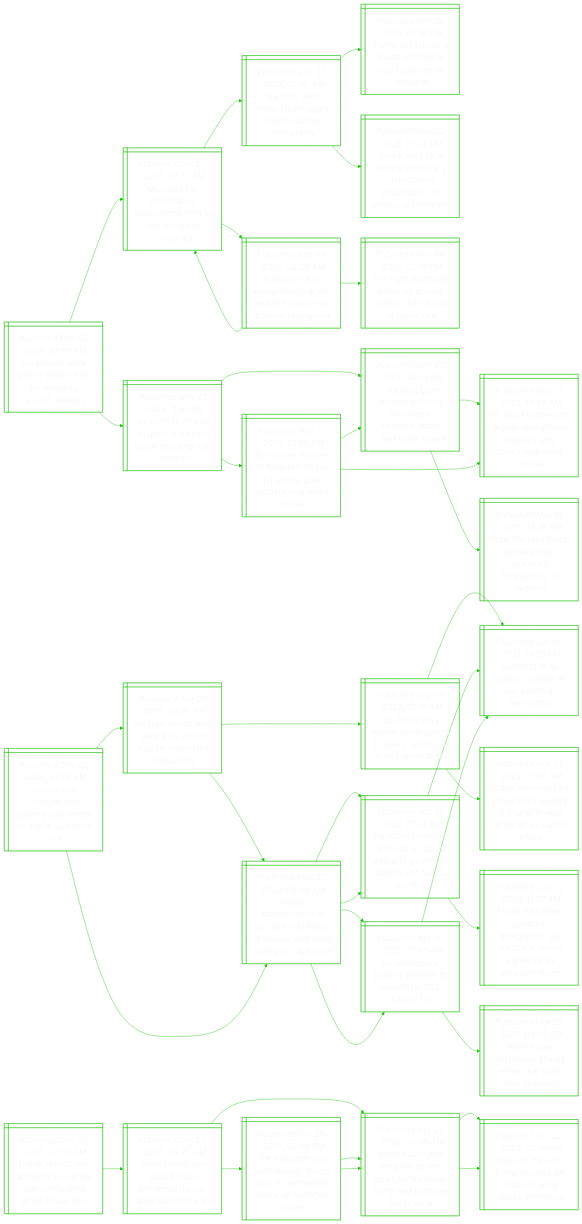
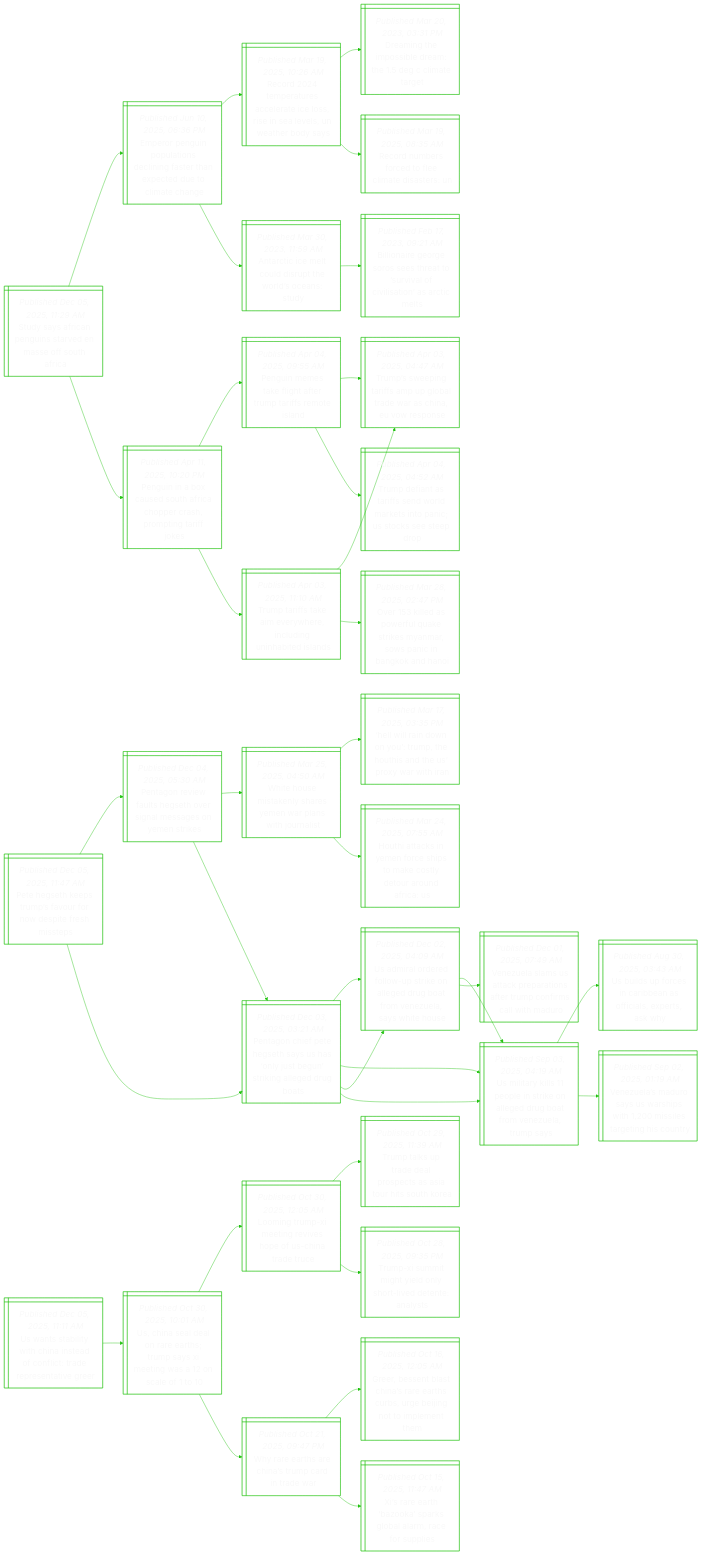
The diagram in README.md (notJmes/notJmes), drawn with Mermaid before and after one commit. The commit also changed other lines of this file, not shown here.

````diff
--- a/README.md
+++ b/README.md
@@ -16,121 +16,118 @@
 flowchart LR
 classDef txtsize font-size:20px;
 
-Usorateeele@{ shape: win-pane, label: "_Published Dec 05, 2025, 07:20 AM_
-Us slashes work permit validity time for refugees, asylum seekers" }
-Uslgolirnpoi@{ shape: win-pane, label: "_Published Dec 03, 2025, 10:35 AM_
-Us pauses all immigration applications from 19 non-european countries" }
-Wttragtlit@{ shape: win-pane, label: "_Published Dec 03, 2025, 07:40 AM_
-‘we don’t want them’: trump rages against somali immigrants" }
-Tuaarottiou@{ shape: win-pane, label: "_Published Nov 28, 2025, 01:50 PM_
-Trump uses national guard shooting to cast suspicion on refugees" }
-Tsedeaptrtfmina@{ shape: win-pane, label: "_Published Nov 22, 2025, 01:24 PM_
-Trump says he is ending temporary deportation protections for somalis in minnesota" }
-AaamapiuHnpiee@{ shape: win-pane, label: "_Published Dec 03, 2025, 08:20 AM_
-Australia’s anti-immigration populist pauline hanson eyes political resurgence" }
-Uslgolirnpoi@{ shape: win-pane, label: "_Published Dec 03, 2025, 10:35 AM_
-Us pauses all immigration applications from 19 non-european countries" }
-FgsiliuHnbiln@{ shape: win-pane, label: "_Published Nov 24, 2025, 03:12 PM_
-Far-right australian politician pauline hanson dons burqa in parliament" }
-Unhscaarowei@{ shape: win-pane, label: "_Published Nov 27, 2025, 11:52 PM_
-Us plans to charge suspect in national guard shooting with terrorism" }
-Nnalsiydttteiu@{ shape: win-pane, label: "_Published Nov 27, 2025, 04:33 AM_
-2 national guard soldiers critically wounded in ‘targeted’ attack near white house" }
-Upcnhmteteaats@{ shape: win-pane, label: "_Published Nov 27, 2025, 10:58 AM_
-Us stops processing afghan immigration requests after attack near white house" }
-Pespnaemipuit@{ shape: win-pane, label: "_Published Nov 19, 2025, 04:38 AM_
-Pope leo says trump administration ‘extremely disrespectful’ to migrants" }
-Foosrdcaardnho@{ shape: win-pane, label: "_Published Nov 27, 2025, 01:08 PM_
-Fbi probes motives in ‘targeted’ attack on national guard soldiers near white house" }
-Nnalsiydttteiu@{ shape: win-pane, label: "_Published Nov 27, 2025, 04:33 AM_
-2 national guard soldiers critically wounded in ‘targeted’ attack near white house" }
-Upcnhmteteaats@{ shape: win-pane, label: "_Published Nov 27, 2025, 10:58 AM_
-Us stops processing afghan immigration requests after attack near white house" }
-
-Usorateeele:::txtsize --> Uslgolirnpoi:::txtsize
-Uslgolirnpoi:::txtsize --> Wttragtlit:::txtsize
-Wttragtlit:::txtsize --> Tuaarottiou:::txtsize
-Wttragtlit:::txtsize --> Tsedeaptrtfmina:::txtsize
-Uslgolirnpoi:::txtsize --> AaamapiuHnpiee:::txtsize
-AaamapiuHnpiee:::txtsize --> Uslgolirnpoi:::txtsize
-AaamapiuHnpiee:::txtsize --> FgsiliuHnbiln:::txtsize
-Usorateeele:::txtsize --> Unhscaarowei:::txtsize
-Unhscaarowei:::txtsize --> Nnalsiydttteiu:::txtsize
-Nnalsiydttteiu:::txtsize --> Upcnhmteteaats:::txtsize
-Nnalsiydttteiu:::txtsize --> Pespnaemipuit:::txtsize
-Unhscaarowei:::txtsize --> Foosrdcaardnho:::txtsize
-Foosrdcaardnho:::txtsize --> Nnalsiydttteiu:::txtsize
-Foosrdcaardnho:::txtsize --> Upcnhmteteaats:::txtsize
-
-Vnngtnponfpr@{ shape: win-pane, label: "_Published Dec 05, 2025, 07:05 AM_
-Virginia man charged with planting pipe bombs on eve of us capitol riot" }
-Fgoykiealccs@{ shape: win-pane, label: "_Published Jun 07, 2025, 03:06 AM_
-Far right proud boys seek $129 million over us capitol riot convictions" }
-Eusetdairnpak@{ shape: win-pane, label: "_Published Sep 06, 2023, 07:10 AM_
-Ex-proud boys leader sentenced to 22 years’ jail for role in us capitol attack" }
-SiUiinenWn@{ shape: win-pane, label: "_Published Jan 07, 2021, 12:55 PM_
-Storming of us capitol: timeline of key events in washington" }
-JsnxdlrnrsStt@{ shape: win-pane, label: "_Published Sep 01, 2023, 01:46 AM_
-Judge sentences ex-proud boys leaders to 17 and 15-year terms for us capitol attack" }
-TaitotiwserSto@{ shape: win-pane, label: "_Published May 20, 2025, 04:24 AM_
-Trump administration to pay $6.5m to family of woman shot dead during us capitol riot" }
-Pnirmalcoomrlii@{ shape: win-pane, label: "_Published Jan 21, 2025, 07:36 PM_
-Pardoned prisoners from jan 6 capitol attack to go free on trump’s first full day in office" }
-UeerghIlnto@{ shape: win-pane, label: "_Published Apr 10, 2025, 07:40 AM_
-Us intelligence probing whether fbi involved in 2021 capitol riot" }
-TaitotiwserSto@{ shape: win-pane, label: "_Published May 20, 2025, 04:24 AM_
-Trump administration to pay $6.5m to family of woman shot dead during us capitol riot" }
-Pnirmalcoomrlii@{ shape: win-pane, label: "_Published Jan 21, 2025, 07:36 PM_
-Pardoned prisoners from jan 6 capitol attack to go free on trump’s first full day in office" }
-TkeasgoetrsdPdr@{ shape: win-pane, label: "_Published Jan 21, 2025, 11:07 AM_
-Tiktok ban delay, pardons, immigration: key executive orders signed by us president trump" }
-SiUiinenWn@{ shape: win-pane, label: "_Published Jan 07, 2021, 12:55 PM_
-Storming of us capitol: timeline of key events in washington" }
-UeerghIlnto@{ shape: win-pane, label: "_Published Apr 10, 2025, 07:40 AM_
-Us intelligence probing whether fbi involved in 2021 capitol riot" }
-SiUiinenWn@{ shape: win-pane, label: "_Published Jan 07, 2021, 12:55 PM_
-Storming of us capitol: timeline of key events in washington" }
+Pehsporeeht@{ shape: win-pane, label: "_Published Dec 05, 2025, 11:47 AM_
+Pete hegseth keeps trump’s favour for now despite fresh missteps" }
+PgvaHtrasoei@{ shape: win-pane, label: "_Published Dec 04, 2025, 05:30 AM_
+Pentagon review faults hegseth over signal messages on yemen strikes" }
 WHmkssnliui@{ shape: win-pane, label: "_Published Mar 25, 2025, 04:50 AM_
 White house mistakenly shares yemen war plans with journalist" }
+Hiinuposhrah@{ shape: win-pane, label: "_Published Mar 17, 2025, 03:35 PM_
+‘hell will rain down on you’: trump, the houthis and the us’ proxy war with iran" }
+HicYfsteloofU@{ shape: win-pane, label: "_Published Mar 24, 2025, 07:55 AM_
+Houthi attacks in yemen force ships to make costly detour around africa: us" }
+Pgitsahltnkldb@{ shape: win-pane, label: "_Published Dec 03, 2025, 03:21 AM_
+Pentagon chief pete hegseth says us has ‘only just begun’ striking alleged drug boats" }
+Uirdotoeramzsho@{ shape: win-pane, label: "_Published Dec 02, 2025, 04:09 AM_
+Us admiral ordered follow-up strike on alleged drug boat from venezuela, says white house" }
+UikperngutVura@{ shape: win-pane, label: "_Published Sep 03, 2025, 04:19 AM_
+Us military kills 11 people in strike on alleged drug boat from venezuela, trump says" }
+Pgitsahltnkldb@{ shape: win-pane, label: "_Published Dec 03, 2025, 03:21 AM_
+Pentagon chief pete hegseth says us has ‘only just begun’ striking alleged drug boats" }
+Uirdotoeramzsho@{ shape: win-pane, label: "_Published Dec 02, 2025, 04:09 AM_
+Us admiral ordered follow-up strike on alleged drug boat from venezuela, says white house" }
+UikperngutVura@{ shape: win-pane, label: "_Published Sep 03, 2025, 04:19 AM_
+Us military kills 11 people in strike on alleged drug boat from venezuela, trump says" }
+VulScpifromlMo@{ shape: win-pane, label: "_Published Dec 01, 2025, 07:49 AM_
+Venezuela slams us attack preparations after trump confirms call with maduro" }
+UikperngutVura@{ shape: win-pane, label: "_Published Sep 03, 2025, 04:19 AM_
+Us military kills 11 people in strike on alleged drug boat from venezuela, trump says" }
+Ulfsrafapay@{ shape: win-pane, label: "_Published Aug 30, 2025, 03:43 AM_
+Us builds up forces in caribbean as officials, experts, ask why" }
+VuMoUswieggoy@{ shape: win-pane, label: "_Published Sep 02, 2025, 01:19 AM_
+Venezuela’s maduro says us warships with 1,200 missiles targeting his country" }
 
-Vnngtnponfpr:::txtsize --> Fgoykiealccs:::txtsize
-Fgoykiealccs:::txtsize --> Eusetdairnpak:::txtsize
-Eusetdairnpak:::txtsize --> SiUiinenWn:::txtsize
-Eusetdairnpak:::txtsize --> JsnxdlrnrsStt:::txtsize
-Fgoykiealccs:::txtsize --> TaitotiwserSto:::txtsize
-TaitotiwserSto:::txtsize --> Pnirmalcoomrlii:::txtsize
-TaitotiwserSto:::txtsize --> UeerghIlnto:::txtsize
-Vnngtnponfpr:::txtsize --> TaitotiwserSto:::txtsize
-TaitotiwserSto:::txtsize --> Pnirmalcoomrlii:::txtsize
-Pnirmalcoomrlii:::txtsize --> TkeasgoetrsdPdr:::txtsize
-Pnirmalcoomrlii:::txtsize --> SiUiinenWn:::txtsize
-TaitotiwserSto:::txtsize --> UeerghIlnto:::txtsize
-UeerghIlnto:::txtsize --> SiUiinenWn:::txtsize
-UeerghIlnto:::txtsize --> WHmkssnliui:::txtsize
+Pehsporeeht:::txtsize --> PgvaHtrasoei:::txtsize
+PgvaHtrasoei:::txtsize --> WHmkssnliui:::txtsize
+WHmkssnliui:::txtsize --> Hiinuposhrah:::txtsize
+WHmkssnliui:::txtsize --> HicYfsteloofU:::txtsize
+PgvaHtrasoei:::txtsize --> Pgitsahltnkldb:::txtsize
+Pgitsahltnkldb:::txtsize --> Uirdotoeramzsho:::txtsize
+Pgitsahltnkldb:::txtsize --> UikperngutVura:::txtsize
+Pehsporeeht:::txtsize --> Pgitsahltnkldb:::txtsize
+Pgitsahltnkldb:::txtsize --> Uirdotoeramzsho:::txtsize
+Uirdotoeramzsho:::txtsize --> UikperngutVura:::txtsize
+Uirdotoeramzsho:::txtsize --> VulScpifromlMo:::txtsize
+Pgitsahltnkldb:::txtsize --> UikperngutVura:::txtsize
+UikperngutVura:::txtsize --> Ulfsrafapay:::txtsize
+UikperngutVura:::txtsize --> VuMoUswieggoy:::txtsize
 
-Tstatoslmeiuy@{ shape: win-pane, label: "_Published Dec 05, 2025, 07:00 AM_
-Trump selects new architect to oversee ballroom project, white house says" }
-WHgcdhmsaaok@{ shape: win-pane, label: "_Published Dec 02, 2025, 08:45 AM_
-White house gets scaled-down christmas display amid ballroom work" }
-WHEilowboudioo@{ shape: win-pane, label: "_Published Oct 23, 2025, 04:39 AM_
-White house east wing will be torn down for ballroom, trump had promised not to do so" }
-Mtauuoiotsoo@{ shape: win-pane, label: "_Published Oct 22, 2025, 07:16 AM_
-‘music to my ears’: trump brushes off critics of white house demolition" }
-Mtauuoiotsoo@{ shape: win-pane, label: "_Published Oct 22, 2025, 07:16 AM_
-‘music to my ears’: trump brushes off critics of white house demolition" }
-Tletlmphrnmhts@{ shape: win-pane, label: "_Published Oct 25, 2025, 08:05 PM_
-The bulldozer and the ballroom: trump puts his permanent stamp on the white house" }
-WHEilowboudioo@{ shape: win-pane, label: "_Published Oct 23, 2025, 04:39 AM_
-White house east wing will be torn down for ballroom, trump had promised not to do so" }
-WHEilowboudioo@{ shape: win-pane, label: "_Published Oct 23, 2025, 04:39 AM_
-White house east wing will be torn down for ballroom, trump had promised not to do so" }
+Ssfnutdsfhc@{ shape: win-pane, label: "_Published Dec 05, 2025, 11:29 AM_
+Study says african penguins starved en masse off south africa" }
+Eogotdnatxetmh@{ shape: win-pane, label: "_Published Jun 10, 2025, 06:36 PM_
+Emperor penguin populations declining faster than expected due to climate change" }
+RdercaerneUtoy@{ shape: win-pane, label: "_Published Mar 19, 2025, 10:26 AM_
+Record 2024 temperatures accelerate ice loss, rise in sea levels, un weather body says" }
+Diesemeitt@{ shape: win-pane, label: "_Published Mar 20, 2023, 03:31 PM_
+Dreaming the impossible dream: the 1.5 deg c climate target" }
+Rderoctas@{ shape: win-pane, label: "_Published Mar 19, 2025, 08:35 AM_
+Record numbers forced to flee climate disasters: un" }
+Acctduedau@{ shape: win-pane, label: "_Published Mar 30, 2023, 11:59 AM_
+Antarctic ice melt could disrupt the world’s oceans: study" }
+Boegosauaisnce@{ shape: win-pane, label: "_Published Feb 17, 2023, 09:21 AM_
+Billionaire george soros sees threat to ‘survival of civilisation’ as arctic melts" }
+Pibuofcesmgfe@{ shape: win-pane, label: "_Published Apr 11, 2025, 10:20 PM_
+Penguin in a box caused south africa chopper crash, prompting tariff jokes" }
+Pieehemieid@{ shape: win-pane, label: "_Published Apr 04, 2025, 09:55 AM_
+Penguin memes take flight after trump tariffs remote island" }
+Tspaspadanop@{ shape: win-pane, label: "_Published Apr 03, 2025, 04:47 AM_
+Trump’s sweeping tariffs amp up global trade war as china, eu vow response" }
+Tdnaswmtocoeep@{ shape: win-pane, label: "_Published Apr 04, 2025, 04:52 AM_
+Trump defiant as tariffs send world markets into panic; us stocks see steep drop" }
+Ttfevhniiiss@{ shape: win-pane, label: "_Published Apr 03, 2025, 11:10 AM_
+Trump tariffs take aim everywhere, including uninhabited islands" }
+Tspaspadanop@{ shape: win-pane, label: "_Published Apr 03, 2025, 04:47 AM_
+Trump’s sweeping tariffs amp up global trade war as china, eu vow response" }
+OiaeqsenonBoH@{ shape: win-pane, label: "_Published Mar 28, 2025, 02:47 PM_
+Over 153 killed as powerful quake strikes myanmar, sows panic in bangkok and hanoi" }
 
-Tstatoslmeiuy:::txtsize --> WHgcdhmsaaok:::txtsize
-WHgcdhmsaaok:::txtsize --> WHEilowboudioo:::txtsize
-WHEilowboudioo:::txtsize --> Mtauuoiotsoo:::txtsize
-WHEilowboudioo:::txtsize --> Mtauuoiotsoo:::txtsize
-WHgcdhmsaaok:::txtsize --> Tletlmphrnmhts:::txtsize
-Tletlmphrnmhts:::txtsize --> WHEilowboudioo:::txtsize
-Tletlmphrnmhts:::txtsize --> WHEilowboudioo:::txtsize
+Ssfnutdsfhc:::txtsize --> Eogotdnatxetmh:::txtsize
+Eogotdnatxetmh:::txtsize --> RdercaerneUtoy:::txtsize
+RdercaerneUtoy:::txtsize --> Diesemeitt:::txtsize
+RdercaerneUtoy:::txtsize --> Rderoctas:::txtsize
+Eogotdnatxetmh:::txtsize --> Acctduedau:::txtsize
+Acctduedau:::txtsize --> Boegosauaisnce:::txtsize
+Ssfnutdsfhc:::txtsize --> Pibuofcesmgfe:::txtsize
+Pibuofcesmgfe:::txtsize --> Pieehemieid:::txtsize
+Pieehemieid:::txtsize --> Tspaspadanop:::txtsize
+Pieehemieid:::txtsize --> Tdnaswmtocoeep:::txtsize
+Pibuofcesmgfe:::txtsize --> Ttfevhniiiss:::txtsize
+Ttfevhniiiss:::txtsize --> Tspaspadanop:::txtsize
+Ttfevhniiiss:::txtsize --> OiaeqsenonBoH:::txtsize
+
+UtbyCiaocdrter@{ shape: win-pane, label: "_Published Dec 05, 2025, 11:11 AM_
+Us wants stability with china instead of conflict: trade representative greer" }
+Unloehmsewne@{ shape: win-pane, label: "_Published Oct 30, 2025, 10:01 AM_
+Us, china seal deal on rare earths; trump says xi meeting was a 12 on scale of 1 to 10" }
+LnmegvpSaee@{ shape: win-pane, label: "_Published Oct 30, 2025, 12:05 AM_
+Looming trump-xi meeting revives hope of us-china trade truce" }
+Ttudlpaahoo@{ shape: win-pane, label: "_Published Oct 29, 2025, 11:39 AM_
+Trump talks up trade deal prospects as asia tour hits south korea" }
+TXmgelreent@{ shape: win-pane, label: "_Published Oct 28, 2025, 09:35 PM_
+Trump-xi summit might yield only short-lived detente: analysts" }
+Wrteamdar@{ shape: win-pane, label: "_Published Oct 21, 2025, 09:47 PM_
+Why rare earths are china’s trump card in trade war" }
+GBnsnrtrgjomee@{ shape: win-pane, label: "_Published Oct 16, 2025, 12:05 AM_
+Greer, bessent blast china’s rare earths curbs, urge beijing not to implement them" }
+Xrtopglmfps@{ shape: win-pane, label: "_Published Oct 15, 2025, 11:47 AM_
+Xi’s rare earth ‘bazooka’ sparks global alarm, race for supplies" }
+
+UtbyCiaocdrter:::txtsize --> Unloehmsewne:::txtsize
+Unloehmsewne:::txtsize --> LnmegvpSaee:::txtsize
+LnmegvpSaee:::txtsize --> Ttudlpaahoo:::txtsize
+LnmegvpSaee:::txtsize --> TXmgelreent:::txtsize
+Unloehmsewne:::txtsize --> Wrteamdar:::txtsize
+Wrteamdar:::txtsize --> GBnsnrtrgjomee:::txtsize
+Wrteamdar:::txtsize --> Xrtopglmfps:::txtsize
 
 ```
````
